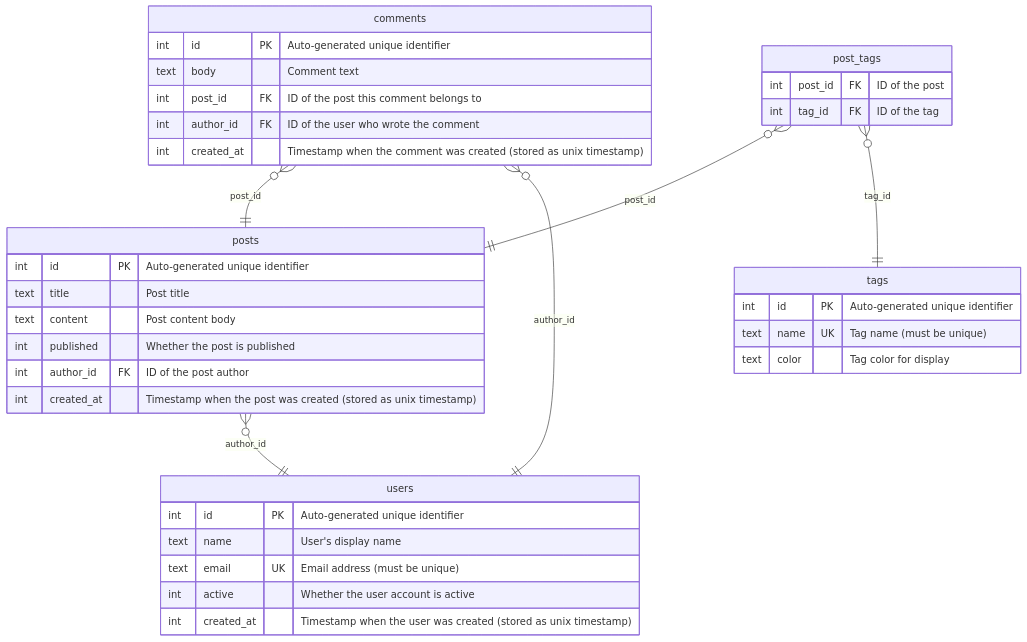
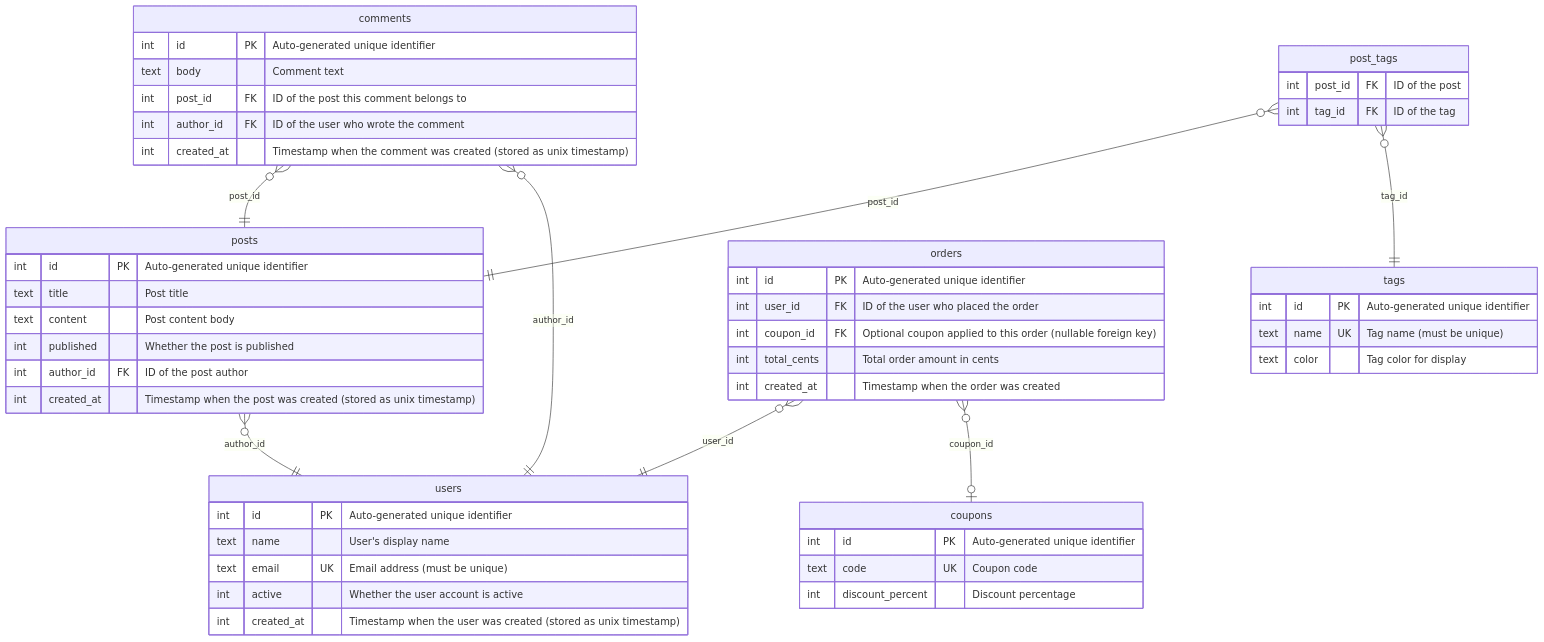
Before and after one commit to rikeda71/drizzle-docs-generator: the diagram in examples/sqlite/v1/markdown/README.md, drawn with Mermaid. The commit also changed other lines of this file and 42 other files, not shown here.

First line of the commit message:
Support nullable foreign keys in Mermaid ER diagram relations (#119)

````diff
--- a/examples/sqlite/v1/markdown/README.md
+++ b/examples/sqlite/v1/markdown/README.md
@@ -15,40 +17,54 @@
 ```mermaid
 erDiagram
     posts }o--|| users : "author_id"
     comments }o--|| posts : "post_id"
     comments }o--|| users : "author_id"
     post_tags }o--|| posts : "post_id"
     post_tags }o--|| tags : "tag_id"
+    orders }o--|| users : "user_id"
+    orders }o--o| coupons : "coupon_id"
 
     comments {
         int id PK "Auto-generated unique identifier"
         text body "Comment text"
         int post_id FK "ID of the post this comment belongs to"
         int author_id FK "ID of the user who wrote the comment"
         int created_at "Timestamp when the comment was created (stored as unix timestamp)"
+    }
+    coupons {
+        int id PK "Auto-generated unique identifier"
+        text code UK "Coupon code"
+        int discount_percent "Discount percentage"
+    }
+    orders {
+        int id PK "Auto-generated unique identifier"
+        int user_id FK "ID of the user who placed the order"
+        int coupon_id FK "Optional coupon applied to this order (nullable foreign key)"
+        int total_cents "Total order amount in cents"
+        int created_at "Timestamp when the order was created"
     }
     post_tags {
         int post_id FK "ID of the post"
         int tag_id FK "ID of the tag"
     }
     posts {
         int id PK "Auto-generated unique identifier"
         text title "Post title"
         text content "Post content body"
         int published "Whether the post is published"
         int author_id FK "ID of the post author"
         int created_at "Timestamp when the post was created (stored as unix timestamp)"
     }
     tags {
         int id PK "Auto-generated unique identifier"
         text name UK "Tag name (must be unique)"
         text color "Tag color for display"
     }
     users {
         int id PK "Auto-generated unique identifier"
         text name "User's display name"
         text email UK "Email address (must be unique)"
         int active "Whether the user account is active"
         int created_at "Timestamp when the user was created (stored as unix timestamp)"
     }
 ```
````
